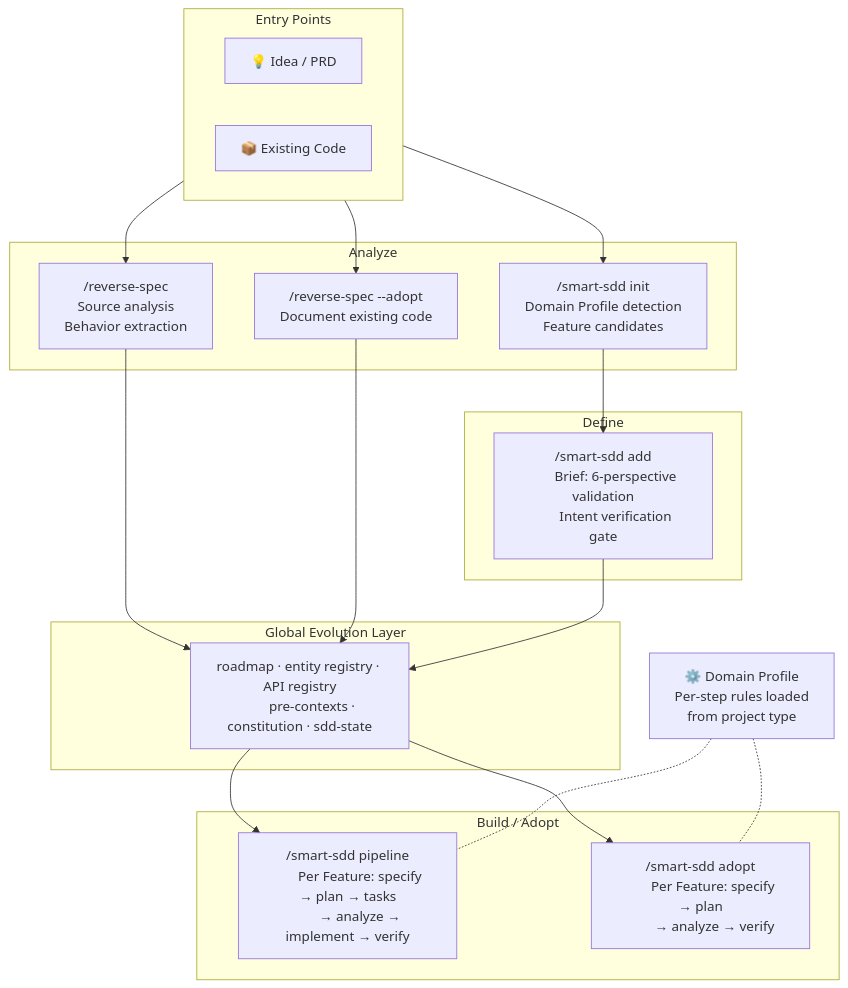
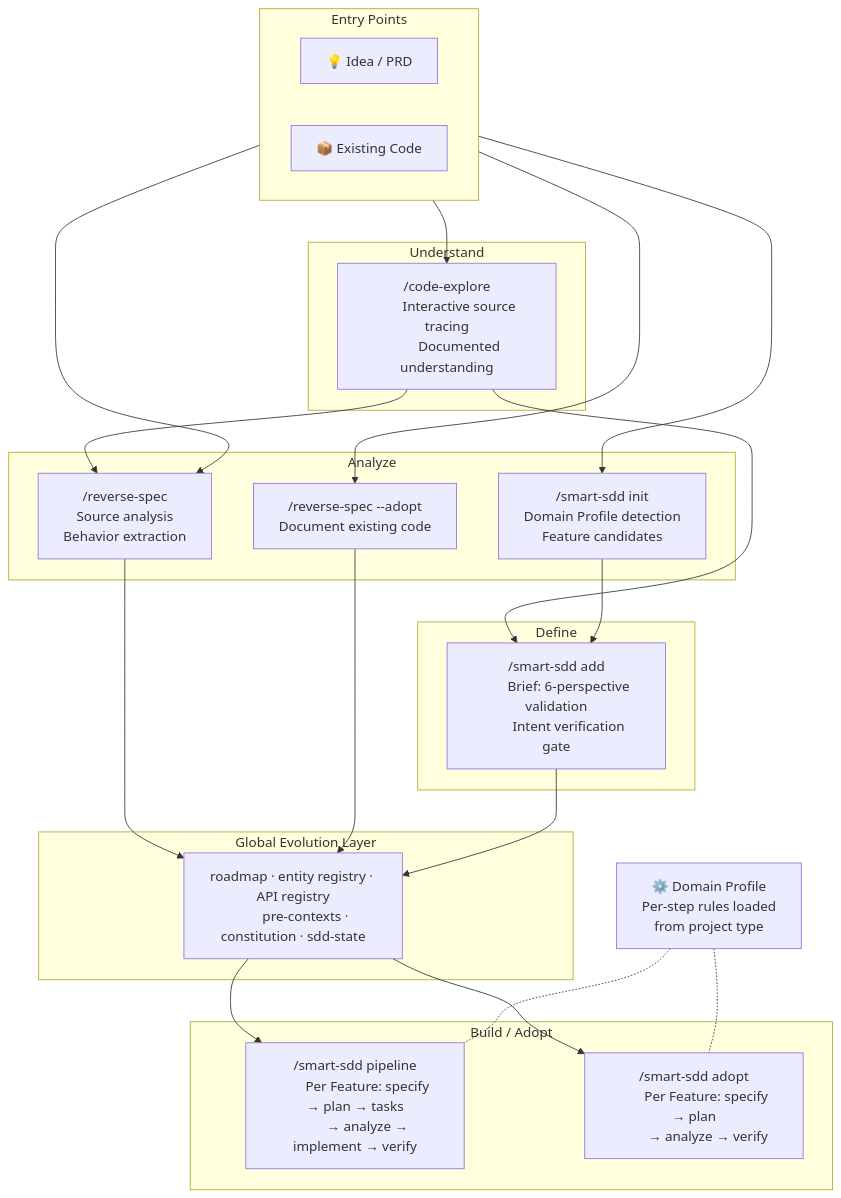
The second of 5 diagrams in README.md (coolhero/spec-kit-skills), drawn with Mermaid before and after one commit. The commit also changed other lines of this file and 6 other files, not shown here.

First line of the commit message:
Add code-explore skill skeleton and integrate into README

````diff
--- a/README.md
+++ b/README.md
@@ -177,55 +179,64 @@
 ```mermaid
 flowchart TD
     subgraph entry["Entry Points"]
         direction LR
         IDEA["💡 Idea / PRD"]
         CODE["📦 Existing Code"]
+    end
+
+    subgraph explore["Understand"]
+        CE["/code-explore
+        Interactive source tracing
+        Documented understanding"]
     end
 
     subgraph analyze["Analyze"]
         INIT["/smart-sdd init
         Domain Profile detection
         Feature candidates"]
         RS["/reverse-spec
         Source analysis
         Behavior extraction"]
         ADOPT_RS["/reverse-spec --adopt
         Document existing code"]
     end
 
     subgraph define["Define"]
         ADD["/smart-sdd add
         Brief: 6-perspective validation
         Intent verification gate"]
     end
 
     subgraph artifacts["Global Evolution Layer"]
         GEL["roadmap · entity registry · API registry
         pre-contexts · constitution · sdd-state"]
     end
 
     subgraph build["Build / Adopt"]
         PIPELINE["/smart-sdd pipeline
         Per Feature: specify → plan → tasks
         → analyze → implement → verify"]
         ADOPT_P["/smart-sdd adopt
         Per Feature: specify → plan
         → analyze → verify"]
     end
 
     DP["⚙️ Domain Profile
     Per-step rules loaded
     from project type"]
 
     IDEA --> INIT
+    CODE --> CE
+    CE --> RS
+    CE --> ADD
     CODE --> RS
     CODE --> ADOPT_RS
     INIT --> ADD
     RS --> GEL
     ADOPT_RS --> GEL
     ADD --> GEL
     GEL --> PIPELINE
     GEL --> ADOPT_P
     DP -.- PIPELINE
     DP -.- ADOPT_P
 ```
````
